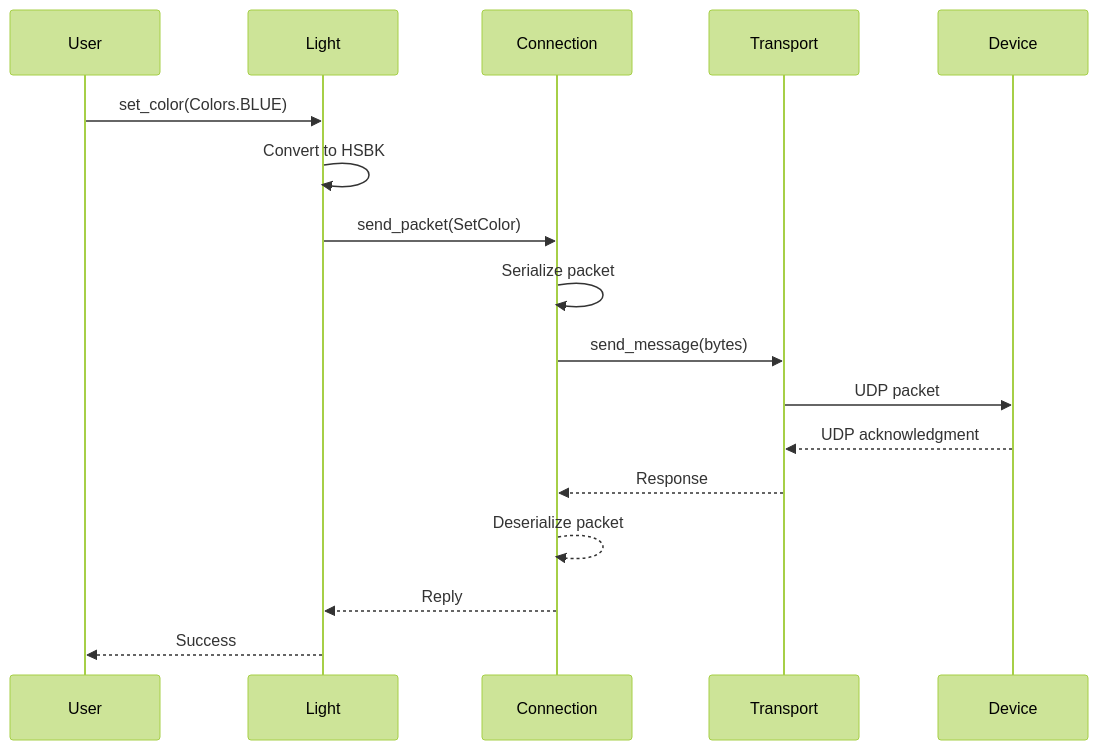
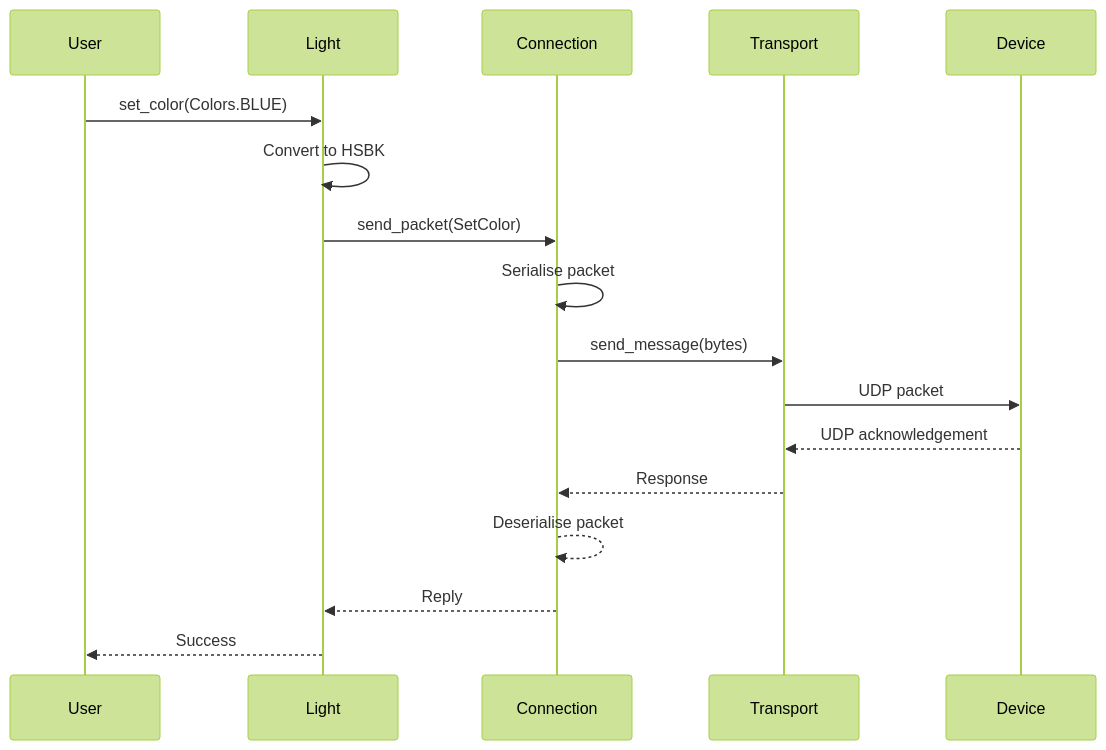
Before and after one commit to Djelibeybi/lifx-async: the second of 3 diagrams in docs/architecture/overview.md, drawn with Mermaid (forest theme). The commit also changed other lines of this file and 220 other files, not shown here.

````diff
--- a/docs/architecture/overview.md
+++ b/docs/architecture/overview.md
@@ -261,20 +278,20 @@
 ```mermaid
 sequenceDiagram
     participant User
     participant Light
     participant Connection
     participant Transport
     participant Device
 
     User->>Light: set_color(Colors.BLUE)
     Light->>Light: Convert to HSBK
     Light->>Connection: send_packet(SetColor)
-    Connection->>Connection: Serialize packet
+    Connection->>Connection: Serialise packet
     Connection->>Transport: send_message(bytes)
     Transport->>Device: UDP packet
-    Device-->>Transport: UDP acknowledgment
+    Device-->>Transport: UDP acknowledgement
     Transport-->>Connection: Response
-    Connection-->>Connection: Deserialize packet
+    Connection-->>Connection: Deserialise packet
     Connection-->>Light: Reply
     Light-->>User: Success
 ```
````
